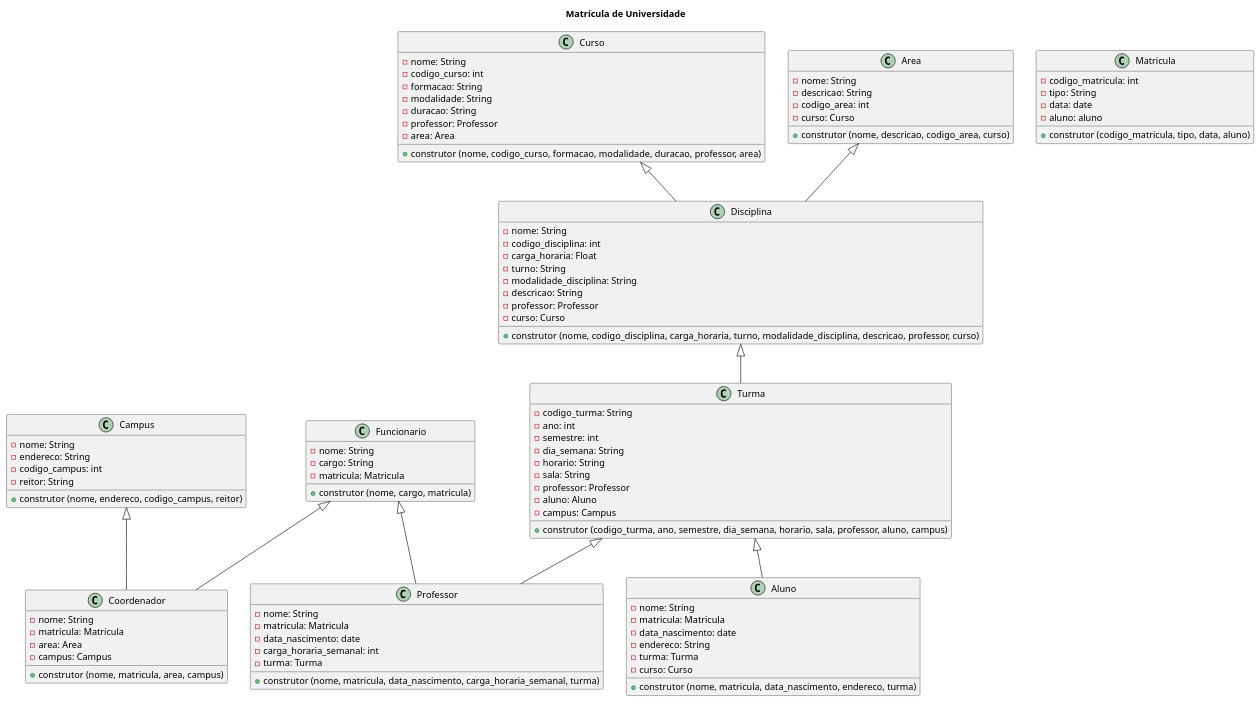
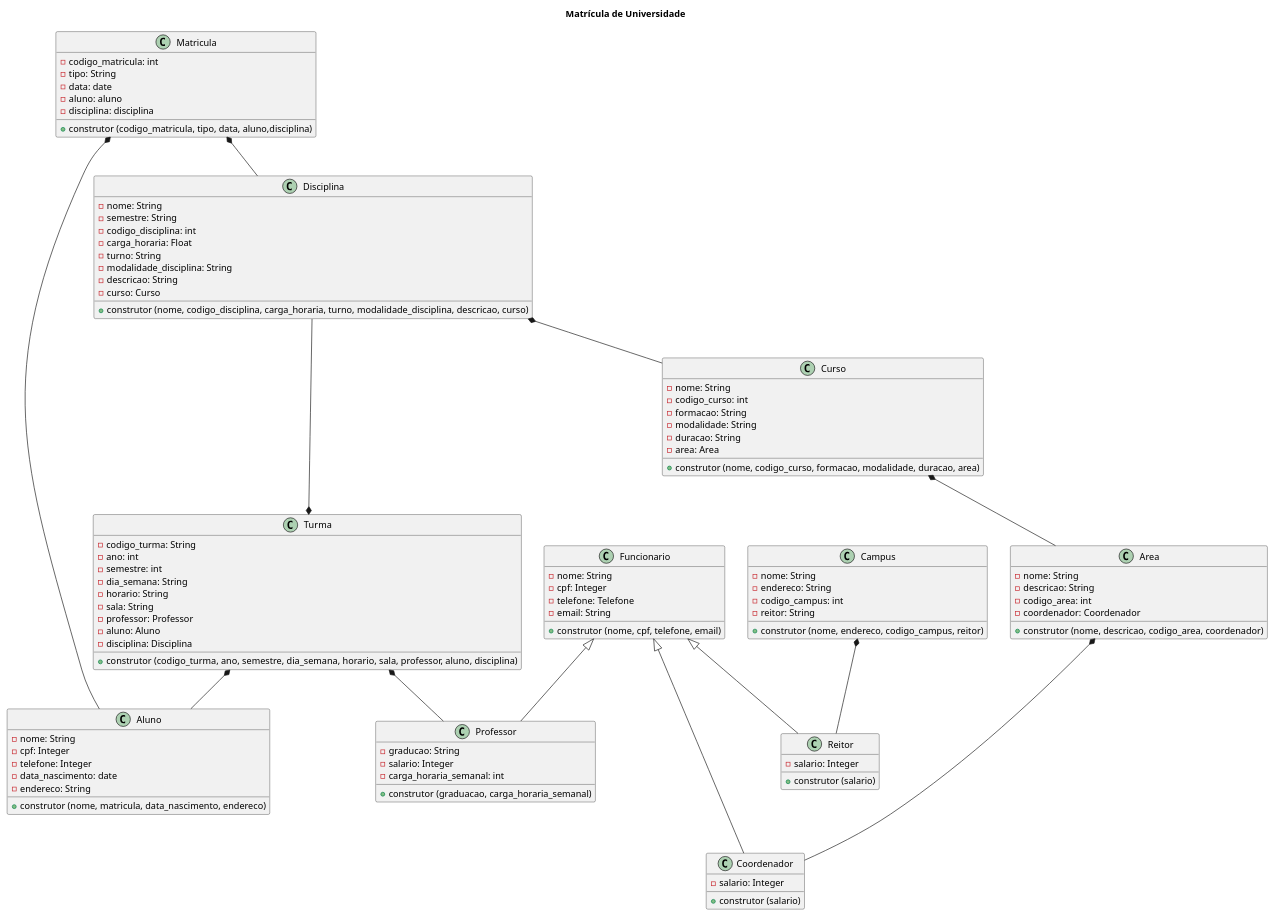
Before and after one commit to anleaes/2022-1-N2-POO-05: the diagram in diagrama.plantuml, drawn with PlantUML. The commit also changed 8 other files, not shown here.

Commit message:
ajeitei o diagrama, asssociações e todas as classes

```diff
--- a/diagrama.plantuml
+++ b/diagrama.plantuml
@@ -1,109 +1,113 @@
 @startuml
 
 title Matrícula de Universidade
 
-
 class Aluno{
     - nome: String
-    - matricula: Matricula 
+    - cpf: Integer
+    - telefone: Integer
     - data_nascimento: date
     - endereco: String
-    - turma: Turma
-    - curso: Curso
-    + construtor (nome, matricula, data_nascimento, endereco, turma)
+    + construtor (nome, matricula, data_nascimento, endereco)
+}
+
+class Funcionario{
+    - nome: String
+    - cpf: Integer
+    - telefone: Telefone
+    - email: String
+    + construtor (nome, cpf, telefone, email)
+}
+
+class Professor{
+    - graducao: String
+    - salario: Integer
+    - carga_horaria_semanal: int
+    + construtor (graduacao, carga_horaria_semanal)
+}
+
+class Coordenador{
+    - salario: Integer
+    + construtor (salario)
+}
+
+class Reitor{
+    -salario: Integer
+    + construtor (salario)
 }
 
 class Turma{
     - codigo_turma: String
     - ano: int
     - semestre: int
     - dia_semana: String
     - horario: String
     - sala: String
     - professor: Professor
     - aluno: Aluno
-    - campus: Campus
-    + construtor (codigo_turma, ano, semestre, dia_semana, horario, sala, professor, aluno, campus)
+    - disciplina: Disciplina
+    + construtor (codigo_turma, ano, semestre, dia_semana, horario, sala, professor, aluno, disciplina)
 }
 
-class Professor{
+class Matricula{
+    - codigo_matricula: int
+    - tipo: String
+    - data: date
+    - aluno: aluno
+    - disciplina: disciplina
+    + construtor (codigo_matricula, tipo, data, aluno,disciplina)
+}
+
+
+class Disciplina{
     - nome: String
-    - matricula: Matricula
-    - data_nascimento: date
-    - carga_horaria_semanal: int
-    - turma: Turma
-    + construtor (nome, matricula, data_nascimento, carga_horaria_semanal, turma)
+    - semestre: String
+    - codigo_disciplina: int
+    - carga_horaria: Float
+    - turno: String
+    - modalidade_disciplina: String
+    - descricao: String
+    - curso: Curso
+    + construtor (nome, codigo_disciplina, carga_horaria, turno, modalidade_disciplina, descricao, curso)
 }
 
 class Curso{
     - nome: String  
     - codigo_curso: int
     - formacao: String
     - modalidade: String
     - duracao: String
-    - professor: Professor
     - area: Area
-    + construtor (nome, codigo_curso, formacao, modalidade, duracao, professor, area)
-}
-
-class Disciplina{
-    - nome: String
-    - codigo_disciplina: int
-    - carga_horaria: Float
-    - turno: String
-    - modalidade_disciplina: String
-    - descricao: String
-    - professor: Professor
-    - curso: Curso
-    + construtor (nome, codigo_disciplina, carga_horaria, turno, modalidade_disciplina, descricao, professor, curso)
-}
-
-class Coordenador{
-    - nome: String
-    - matricula: Matricula
-    - area: Area
-    - campus: Campus
-    + construtor (nome, matricula, area, campus)
-}
-
-class Matricula{
-    - codigo_matricula: int
-    - tipo: String
-    - data: date
-    - aluno: aluno
-    + construtor (codigo_matricula, tipo, data, aluno)
-}
-
-class Funcionario{
-    - nome: String
-    - cargo: String
-    - matricula: Matricula
-    + construtor (nome, cargo, matricula)
+    + construtor (nome, codigo_curso, formacao, modalidade, duracao, area)
 }
 
 class Area{
     - nome: String
     - descricao: String
     - codigo_area: int
-    - curso: Curso
-    + construtor (nome, descricao, codigo_area, curso)
+    - coordenador: Coordenador
+    + construtor (nome, descricao, codigo_area, coordenador)
 }
 
 class Campus{
     - nome: String
     - endereco: String
     - codigo_campus: int
     - reitor: String
     + construtor (nome, endereco, codigo_campus, reitor)
 }
 
-Turma <|-- Aluno
-Turma <|-- Professor
-Disciplina <|-- Turma
 Funcionario <|-- Professor
 Funcionario <|-- Coordenador
-Campus <|-- Coordenador
-Area <|-- Disciplina
-Curso <|-- Disciplina
+Funcionario <|-- Reitor
+Turma *-- Aluno
+Turma *-- Professor
+Turma *---up Disciplina
+Campus *-- Reitor
+Disciplina *-- Curso
+Curso *-- Area
+Area *--- Coordenador
+Matricula *-- Aluno
+Matricula *-- Disciplina
 
 @enduml
```
